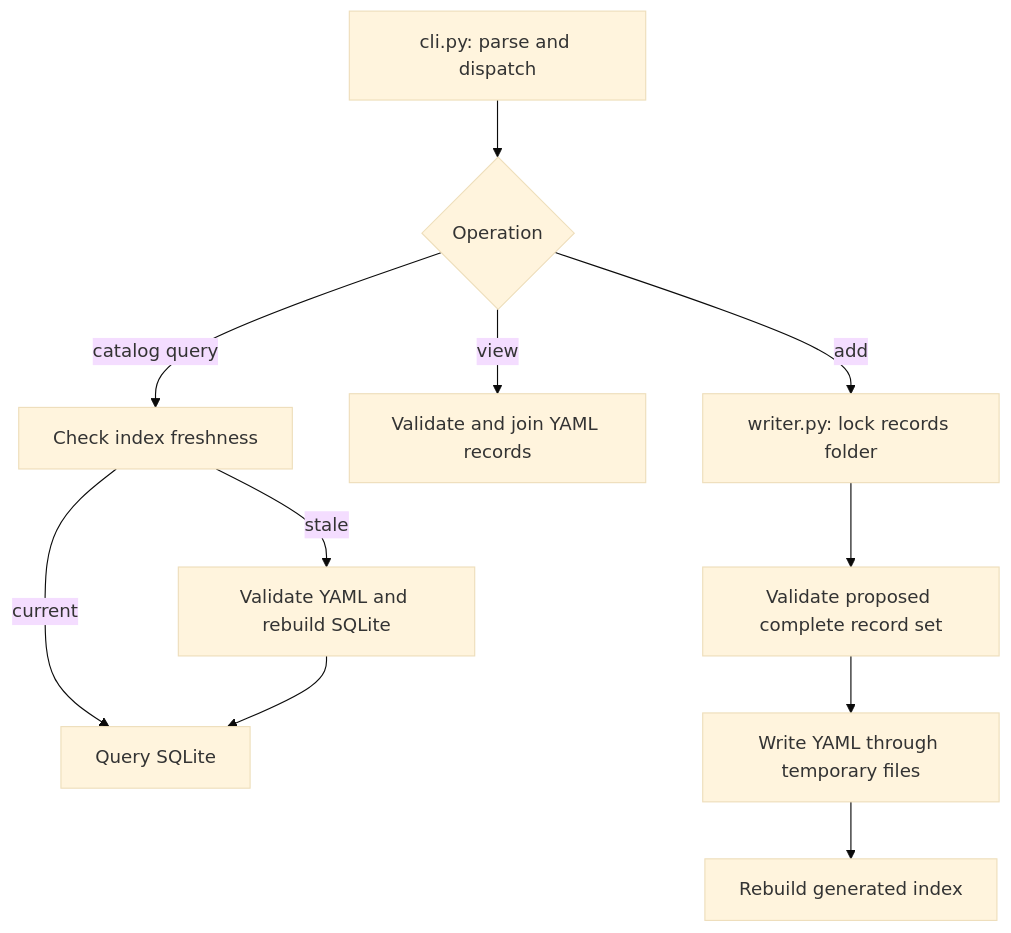
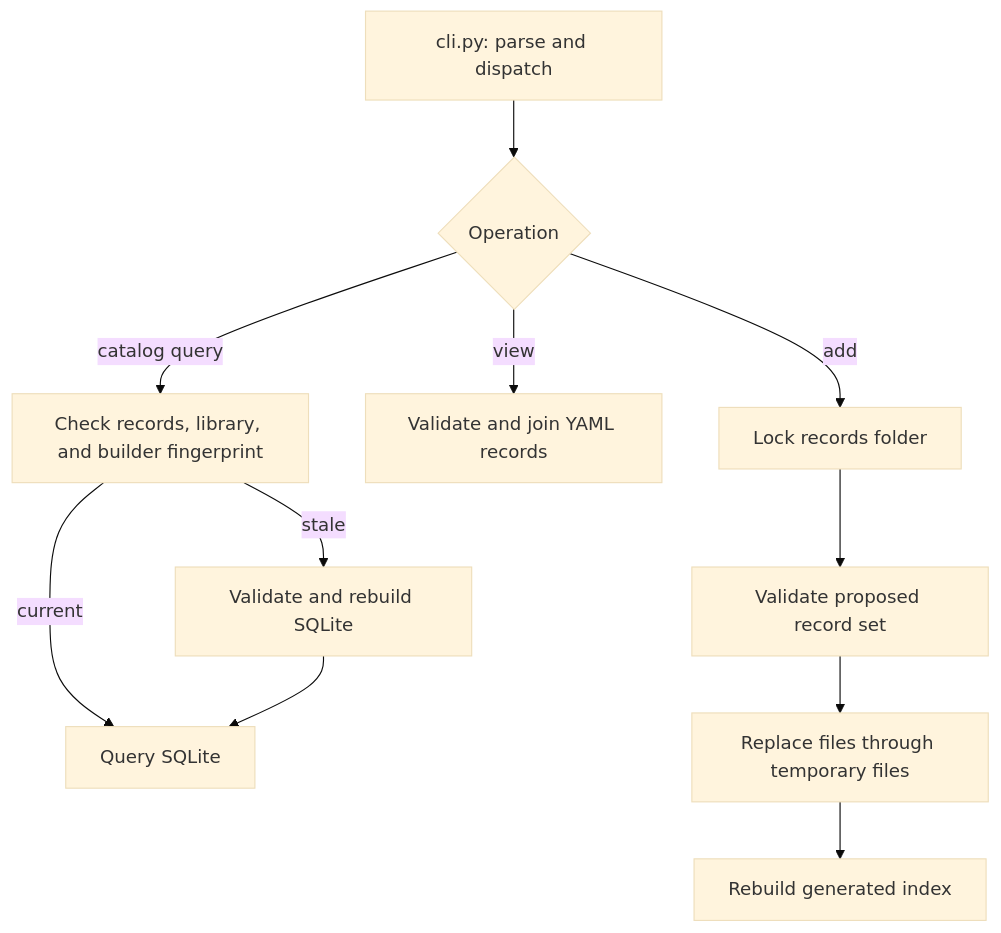
One commit to petecao/ArchEvolve changed the diagram in swdb-project/docs/tutorial/03-components.md. Above: the diagram before and after it, drawn with Mermaid (base theme). The commit also changed other lines of this file and 17 other files, not shown here.

````diff
--- a/swdb-project/docs/tutorial/03-components.md
+++ b/swdb-project/docs/tutorial/03-components.md
@@ -19,13 +12,13 @@
 ```mermaid
 flowchart TD
     CLI[cli.py: parse and dispatch] --> Q{Operation}
-    Q -->|catalog query| F[Check index freshness]
-    F -->|stale| V[Validate YAML and rebuild SQLite]
+    Q -->|catalog query| F[Check records, library, and builder fingerprint]
+    F -->|stale| V[Validate and rebuild SQLite]
     F -->|current| SQL[Query SQLite]
     V --> SQL
     Q -->|view| VIEW[Validate and join YAML records]
-    Q -->|add| LOCK[writer.py: lock records folder]
-    LOCK --> CHECK[Validate proposed complete record set]
-    CHECK --> WRITE[Write YAML through temporary files]
+    Q -->|add| LOCK[Lock records folder]
+    LOCK --> CHECK[Validate proposed record set]
+    CHECK --> WRITE[Replace files through temporary files]
     WRITE --> INDEX[Rebuild generated index]
 ```
````
